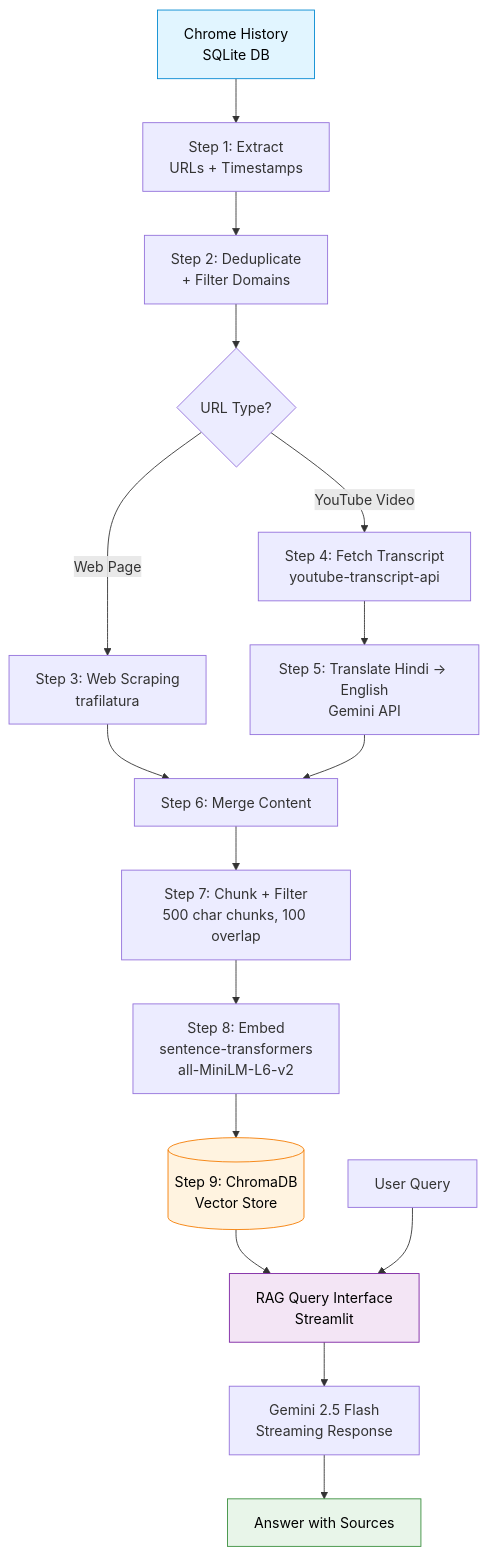
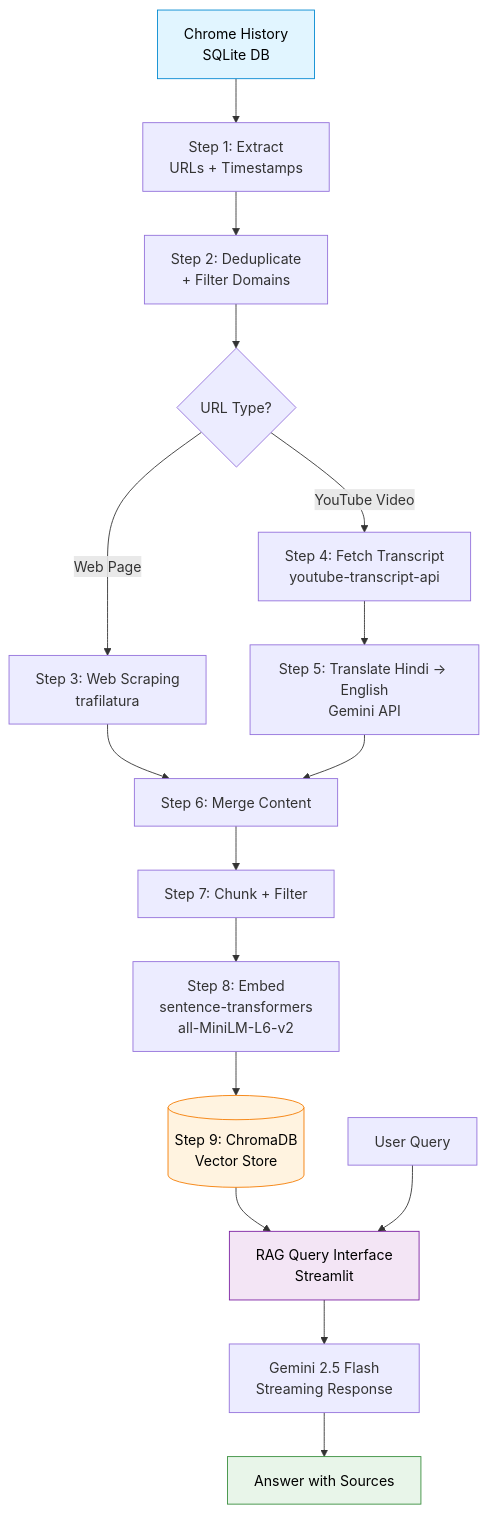
The diagram in README.md (prabhatsin/History_Chat_bot), drawn with Mermaid before and after one commit.

````diff
--- a/README.md
+++ b/README.md
@@ -18,23 +18,23 @@
 ```mermaid
 flowchart TD
     A[Chrome History<br/>SQLite DB] --> B[Step 1: Extract<br/>URLs + Timestamps]
     B --> C[Step 2: Deduplicate<br/>+ Filter Domains]
     C --> D{URL Type?}
     D -->|Web Page| E[Step 3: Web Scraping<br/>trafilatura]
     D -->|YouTube Video| F[Step 4: Fetch Transcript<br/>youtube-transcript-api]
     F --> G[Step 5: Translate Hindi → English<br/>Gemini API]
     E --> H[Step 6: Merge Content]
     G --> H
-    H --> I[Step 7: Chunk + Filter<br/>500 char chunks, 100 overlap]
+    H --> I[Step 7: Chunk + Filter<br/>]
     I --> J[Step 8: Embed<br/>sentence-transformers<br/>all-MiniLM-L6-v2]
     J --> K[(Step 9: ChromaDB<br/>Vector Store)]
     K --> L[RAG Query Interface<br/>Streamlit]
     M[User Query] --> L
     L --> N[Gemini 2.5 Flash<br/>Streaming Response]
     N --> O[Answer with Sources]
 
     style A fill:#e1f5ff,stroke:#0288d1,color:#000
     style K fill:#fff3e0,stroke:#f57c00,color:#000
     style L fill:#f3e5f5,stroke:#7b1fa2,color:#000
     style O fill:#e8f5e9,stroke:#388e3c,color:#000
 ```
````
